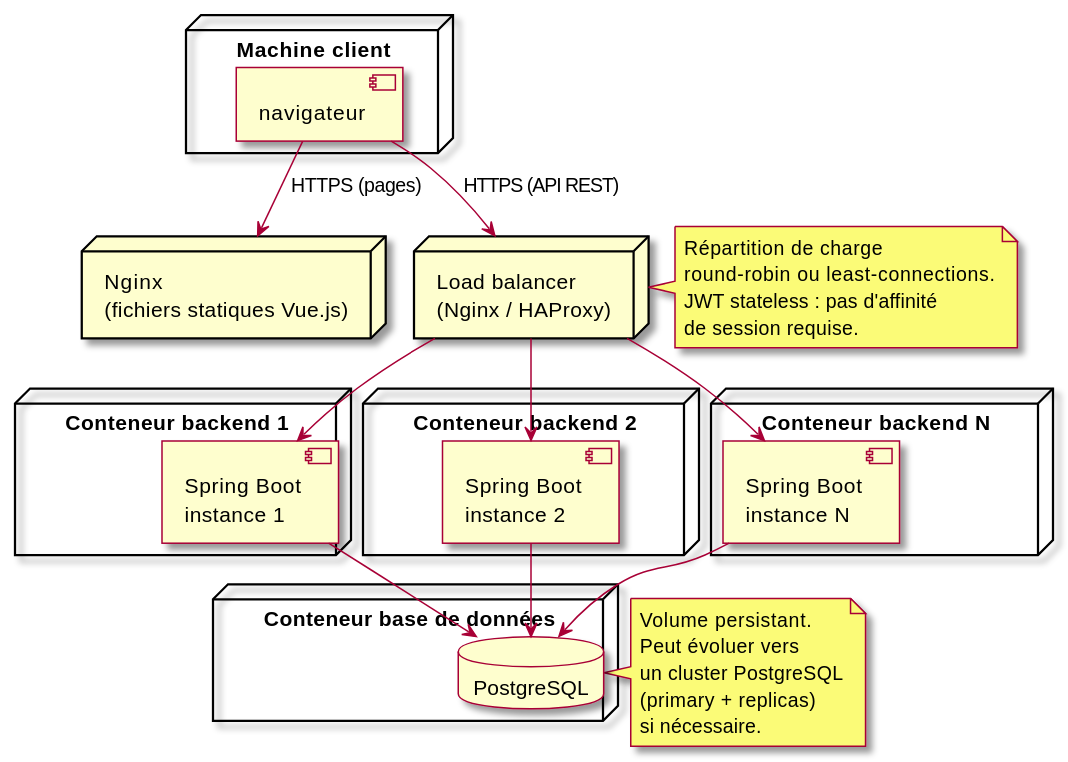
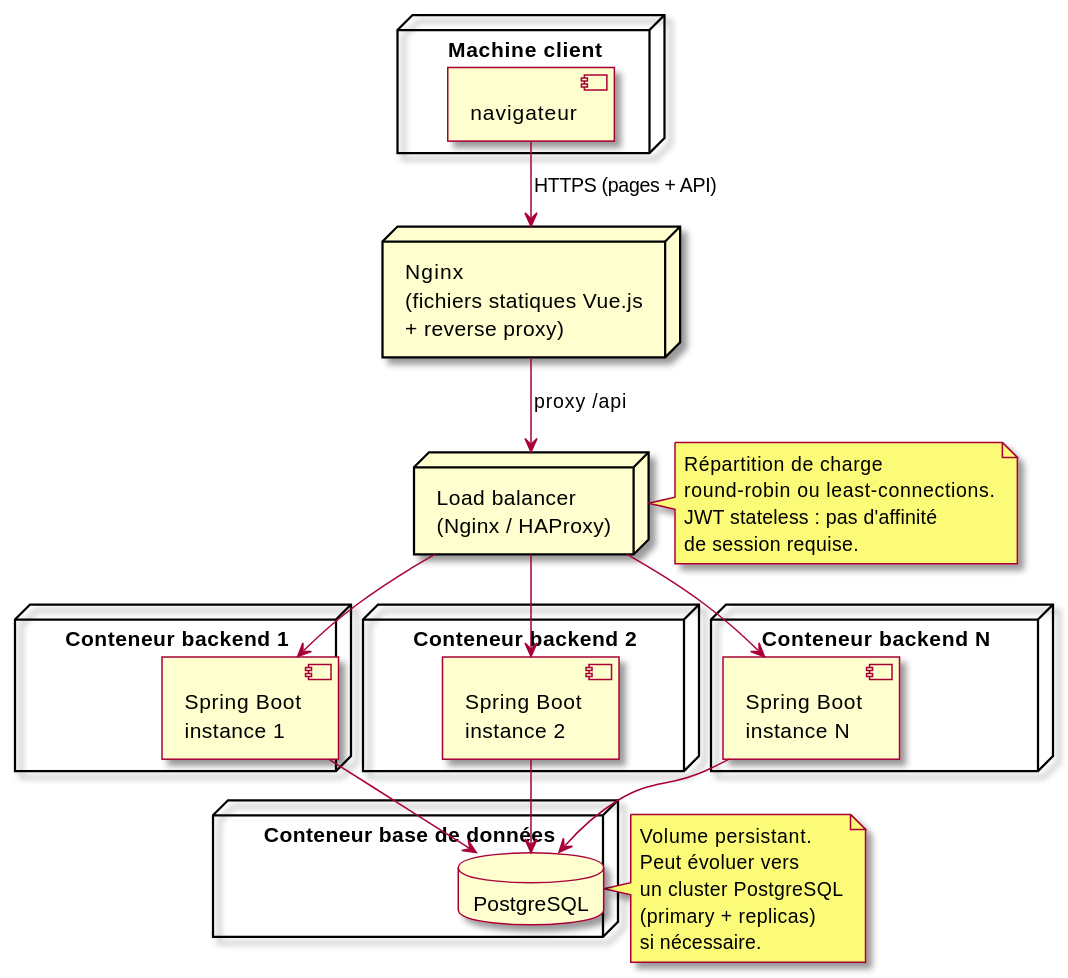
Before and after one commit to mrajaonson/glg204-room-management-system: the third of 35 diagrams in docs/03-Conception.md, drawn with PlantUML. The commit also changed other lines of this file, not shown here.

````diff
--- a/docs/03-Conception.md
+++ b/docs/03-Conception.md
@@ -233,56 +247,56 @@
 ```plantuml
 @startuml
 !pragma layout smetana
 skin rose
 
 node "Machine client" {
   component navigateur
 }
 
-node "Nginx\n(fichiers statiques Vue.js)" as cdn {
+node "Nginx\n(fichiers statiques Vue.js\n+ reverse proxy)" as cdn {
 }
 
 node "Load balancer\n(Nginx / HAProxy)" as lb {
 }
 
 node "Conteneur backend 1" {
   component "Spring Boot\ninstance 1" as spring1
 }
 
 node "Conteneur backend 2" {
   component "Spring Boot\ninstance 2" as spring2
 }
 
 node "Conteneur backend N" {
   component "Spring Boot\ninstance N" as springN
 }
 
 node "Conteneur base de données" {
   database "PostgreSQL" as db
 }
 
-navigateur --> cdn : HTTPS (pages)
-navigateur --> lb : HTTPS (API REST)
+navigateur --> cdn : HTTPS (pages + API)
+cdn --> lb : proxy /api
 lb --> spring1
 lb --> spring2
 lb --> springN
 spring1 --> db
 spring2 --> db
 springN --> db
 
 note right of lb
   Répartition de charge
   round-robin ou least-connections.
   JWT stateless : pas d'affinité
   de session requise.
 end note
 
 note right of db
   Volume persistant.
   Peut évoluer vers
   un cluster PostgreSQL
   (primary + replicas)
   si nécessaire.
 end note
 @enduml
 ```
````
